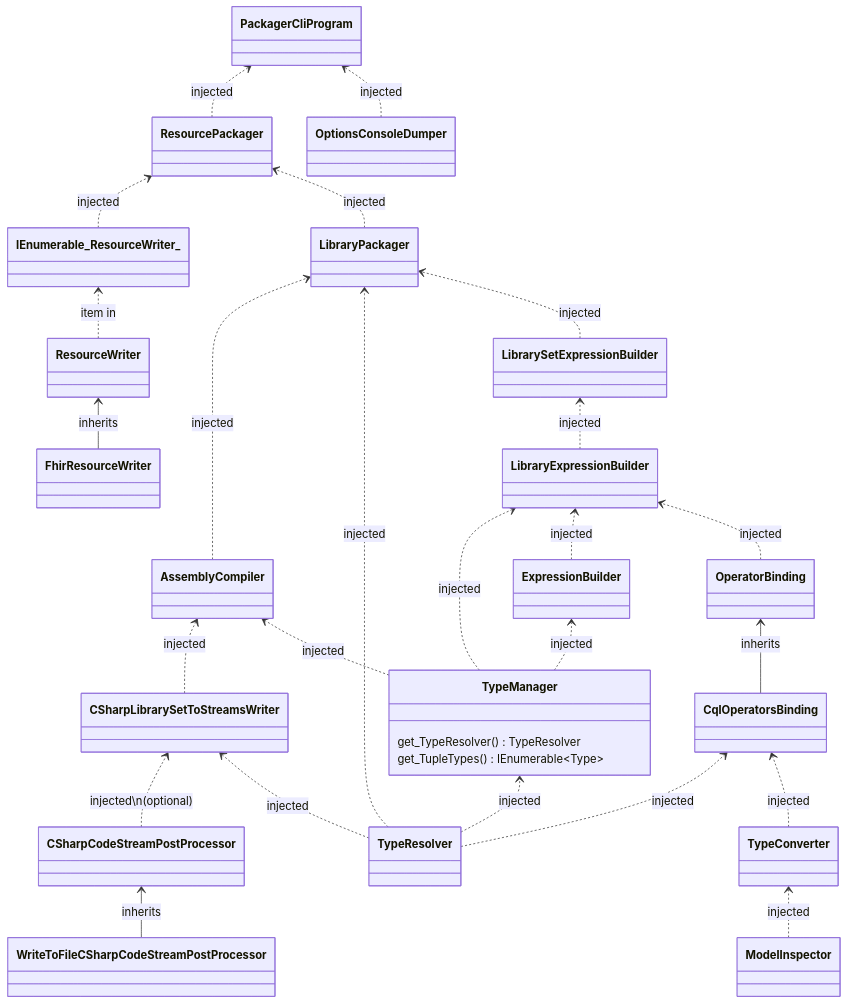
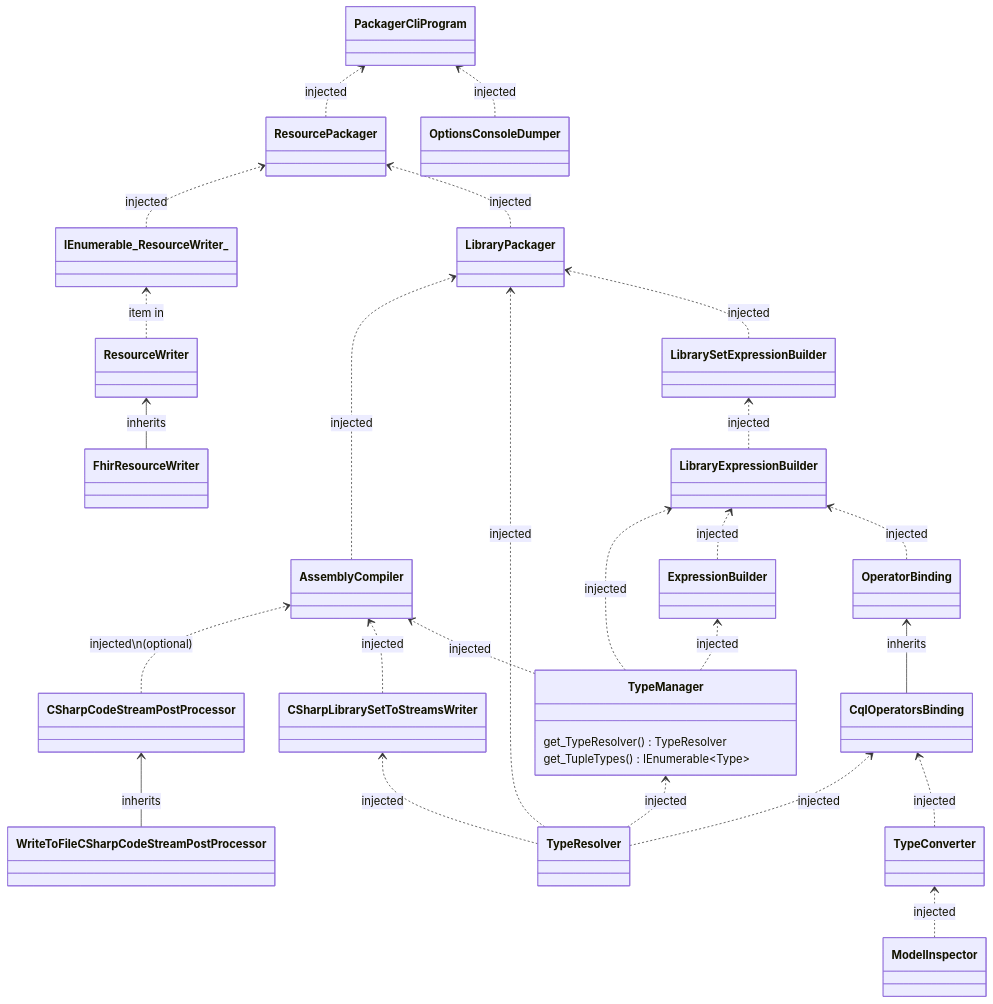
Before and after one commit to FirelyTeam/firely-cql-sdk: the first of 2 diagrams in docs/packager-cli-dependency-graph.md, drawn with Mermaid. The commit also changed 13 other files, not shown here.

Commit message:
Revert most of AssemblyCompiler to what it was before. Allow all post processing of generating c# source code to be done from the AssemblyCompiler. The entire C# source code batch is generated, before it is compiled. Also source code generator exceptions are outputted in the c# files for now

````diff
--- a/docs/packager-cli-dependency-graph.md
+++ b/docs/packager-cli-dependency-graph.md
@@ -5,67 +5,66 @@
 ```mermaid
 classDiagram
     direction BT
 
     %% HACK: Mermaid doesnt support commas withing generic, so use a similar looking character (﹐)
 
     class TypeManager {
         get_TypeResolver() TypeResolver
         get_TupleTypes() IEnumerable~Type~
     }
 
     subgraph Generating_CSharp_From_LibrarySet_AndDefinitions
         class CSharpLibrarySetToStreamsWriter {
         }
 
         class CSharpCodeStreamPostProcessor {
         }
 
         class WriteToFileCSharpCodeStreamPostProcessor {
         }
     end
 
 
     %% Inheritance  
     
     CqlOperatorsBinding --> OperatorBinding : inherits
     FhirResourceWriter --> ResourceWriter : inherits
     WriteToFileCSharpCodeStreamPostProcessor --> CSharpCodeStreamPostProcessor : inherits
 
     %% Injected Dependencies
 
+    CSharpCodeStreamPostProcessor ..> AssemblyCompiler : injected\n(optional)
     CSharpLibrarySetToStreamsWriter ..> AssemblyCompiler : injected
     TypeManager ..> AssemblyCompiler : injected
 
     TypeManager ..> ExpressionBuilder : injected
 
     ResourcePackager ..> PackagerCliProgram : injected 
     OptionsConsoleDumper ..> PackagerCliProgram : injected 
-    
-       
+      
     TypeResolver ..> CqlOperatorsBinding : injected
     TypeConverter ..> CqlOperatorsBinding : injected
 
     ModelInspector ..> TypeConverter : injected  
 
     TypeResolver ..> TypeManager : injected
 
     AssemblyCompiler ..> LibraryPackager : injected
     TypeResolver ..> LibraryPackager : injected
     LibrarySetExpressionBuilder ..> LibraryPackager : injected
     
-    CSharpCodeStreamPostProcessor ..> CSharpLibrarySetToStreamsWriter : injected\n(optional)
     TypeResolver ..> CSharpLibrarySetToStreamsWriter : injected
 
     TypeManager ..> LibraryExpressionBuilder : injected
     ExpressionBuilder ..> LibraryExpressionBuilder : injected
     OperatorBinding ..> LibraryExpressionBuilder : injected
 
     LibraryExpressionBuilder ..> LibrarySetExpressionBuilder : injected
 
     IEnumerable_ResourceWriter_ ..> ResourcePackager : injected 
     LibraryPackager ..> ResourcePackager : injected
 
     %% Rest
     ResourceWriter ..> IEnumerable_ResourceWriter_ : item in
 
 ```
````
